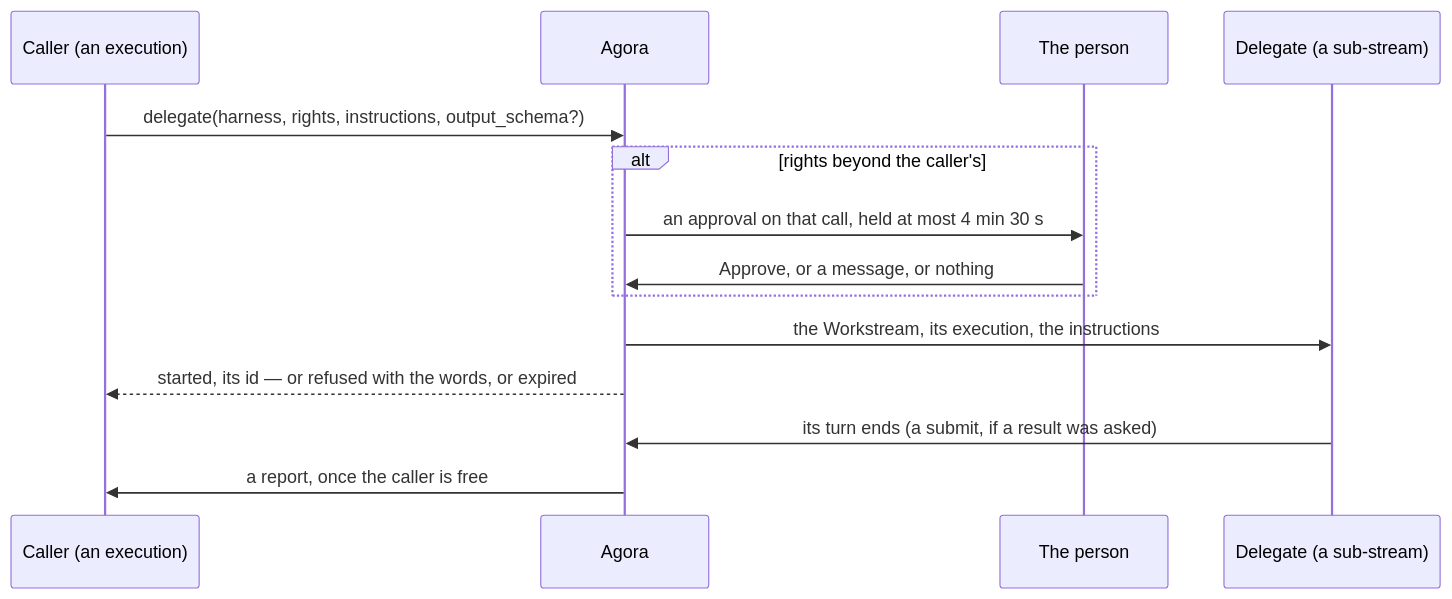
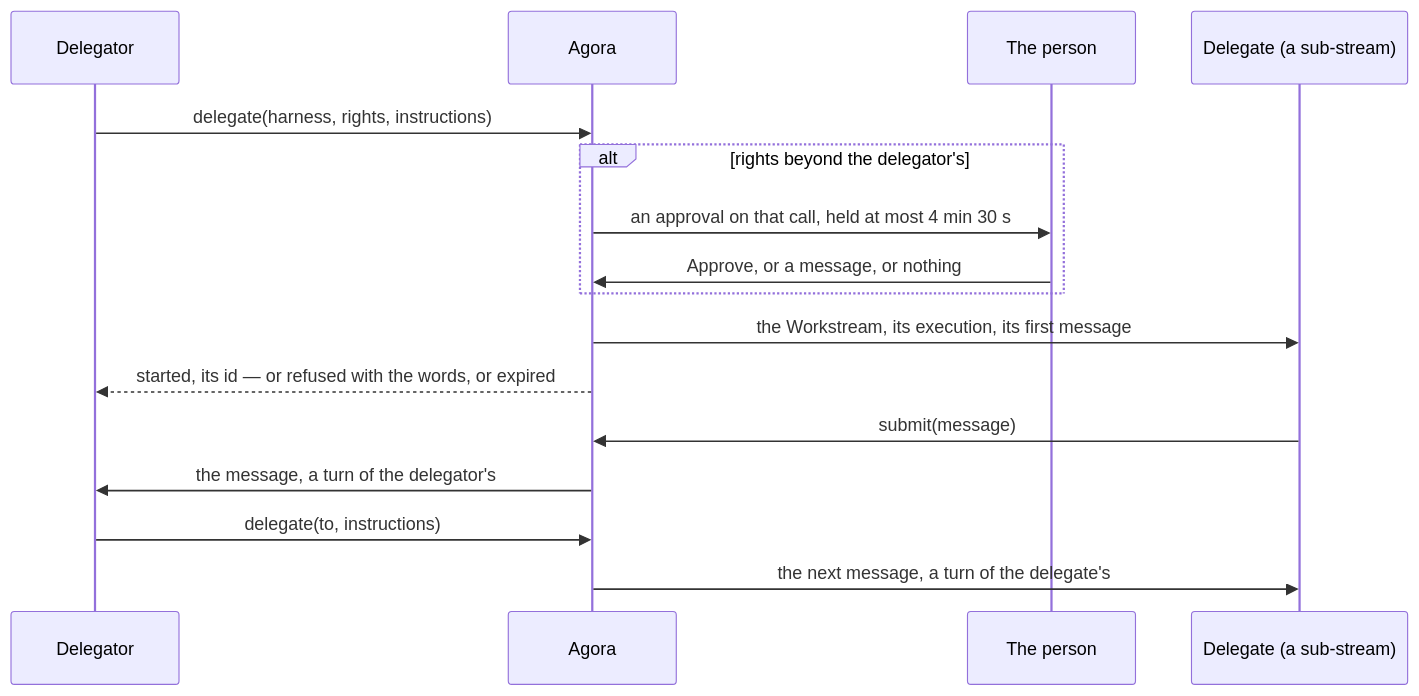
The diagram in docs/specs/delegation.md (arnaultbretagne/agora), drawn with Mermaid before and after one commit. The commit also changed other lines of this file and 13 other files, not shown here.

First line of the commit message:
docs(delegation): a message in the other's Workstream; messages that wait (contract)

````diff
--- a/docs/specs/delegation.md
+++ b/docs/specs/delegation.md
@@ -12,16 +11,18 @@
 ```mermaid
 sequenceDiagram
-  participant C as Caller (an execution)
+  participant C as Delegator
   participant A as Agora
   participant P as The person
   participant D as Delegate (a sub-stream)
-  C->>A: delegate(harness, rights, instructions, output_schema?)
-  alt rights beyond the caller's
+  C->>A: delegate(harness, rights, instructions)
+  alt rights beyond the delegator's
     A->>P: an approval on that call, held at most 4 min 30 s
     P->>A: Approve, or a message, or nothing
   end
-  A->>D: the Workstream, its execution, the instructions
+  A->>D: the Workstream, its execution, its first message
   A-->>C: started, its id — or refused with the words, or expired
-  D->>A: its turn ends (a submit, if a result was asked)
-  A->>C: a report, once the caller is free
+  D->>A: submit(message)
+  A->>C: the message, a turn of the delegator's
+  C->>A: delegate(to, instructions)
+  A->>D: the next message, a turn of the delegate's
 ```
````
